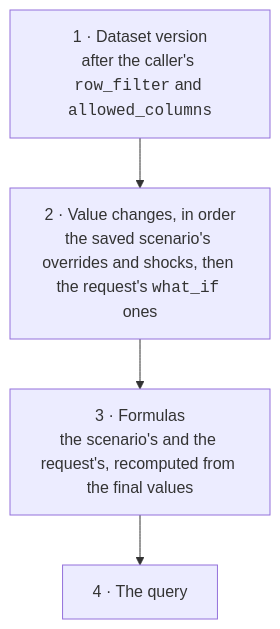
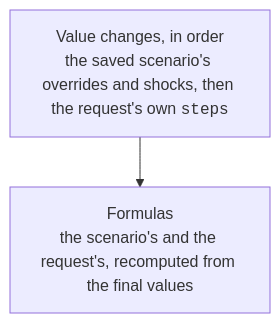
One commit to sanjaysharmagwl/py-libs changed the second of 2 diagrams in docs/calc/concepts/evaluation-order.md. Above: the diagram before and after it, drawn with Mermaid. The commit also changed other lines of this file and 121 other files, not shown here.

````diff
--- a/docs/calc/concepts/evaluation-order.md
+++ b/docs/calc/concepts/evaluation-order.md
@@ -13,6 +23,4 @@
 ```mermaid
 flowchart TB
-    A["1 · Dataset version<br/>after the caller's <code>row_filter</code> and <code>allowed_columns</code>"] --> B["2 · Value changes, in order<br/>the saved scenario's overrides and shocks, then the request's <code>what_if</code> ones"]
-    B --> C["3 · Formulas<br/>the scenario's and the request's, recomputed from the final values"]
-    C --> D["4 · The query"]
+    B["Value changes, in order<br/>the saved scenario's overrides and shocks, then the request's own <code>steps</code>"] --> C["Formulas<br/>the scenario's and the request's, recomputed from the final values"]
 ```
````
